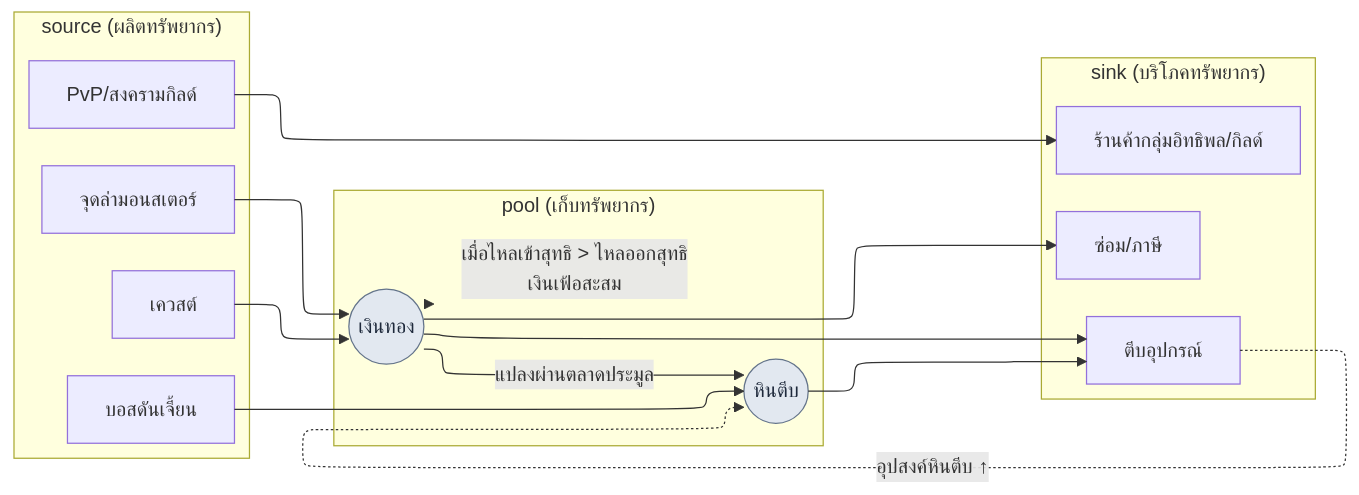
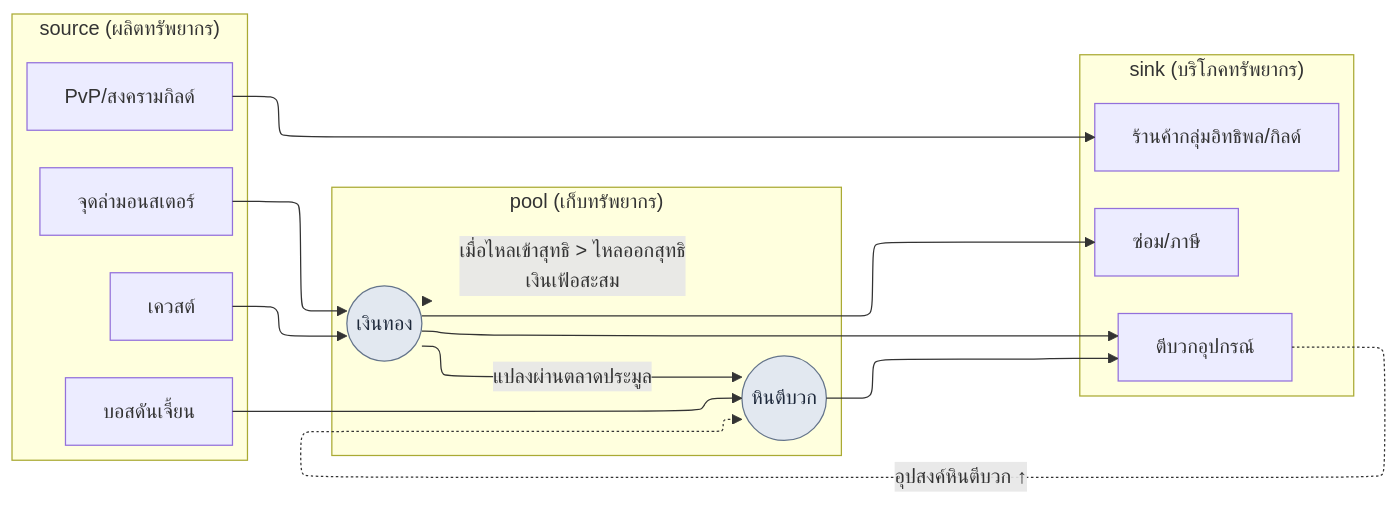
The diagram in manuscript/part08-balance-design/chapter-2-economy-machinations.md (eremes81/game-design-ai-practice-th), drawn with Mermaid before and after one commit. The commit also changed other lines of this file and 2 other files, not shown here.

Commit message:
정비: 강화석(ตีบวก)·운영(การดำเนินงาน)·던전 분류사(แห่ง) 오역 수정

````diff
--- a/manuscript/part08-balance-design/chapter-2-economy-machinations.md
+++ b/manuscript/part08-balance-design/chapter-2-economy-machinations.md
@@ -44,32 +44,32 @@
 ```mermaid
 %%{init: {"flowchart": {"defaultRenderer": "elk"}}}%%
 flowchart LR
     subgraph SRC["source (ผลิตทรัพยากร)"]
         H["จุดล่ามอนสเตอร์"]
         Q["เควสต์"]
         B["บอสดันเจี้ยน"]
         PVP["PvP/สงครามกิลด์"]
     end
     subgraph POOL["pool (เก็บทรัพยากร)"]
         G(("เงินทอง"))
-        S(("หินตีบ"))
+        S(("หินตีบวก"))
     end
     subgraph SINK["sink (บริโภคทรัพยากร)"]
-        UP["ตีบอุปกรณ์"]
+        UP["ตีบวกอุปกรณ์"]
         RP["ซ่อม/ภาษี"]
         SH["ร้านค้ากลุ่มอิทธิพล/กิลด์"]
     end
     H --> G
     Q --> G
     B --> S
     PVP --> SH
     G -->|แปลงผ่านตลาดประมูล| S
     G --> UP
     S --> UP
     G --> RP
-    UP -.->|อุปสงค์หินตีบ ↑| S
+    UP -.->|อุปสงค์หินตีบวก ↑| S
     G -.->|"เมื่อไหลเข้าสุทธิ > ไหลออกสุทธิ<br/>เงินเฟ้อสะสม"| POOL
 
     classDef data fill:#e2e8f0,stroke:#64748b,color:#1e293b;
     class G,S data;
 ```
````
